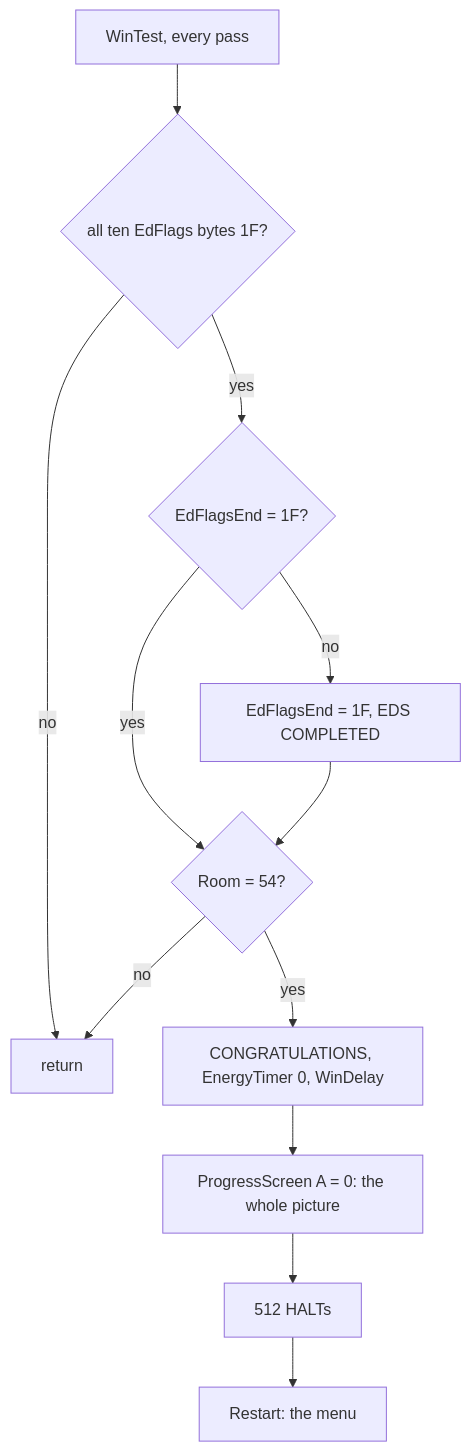
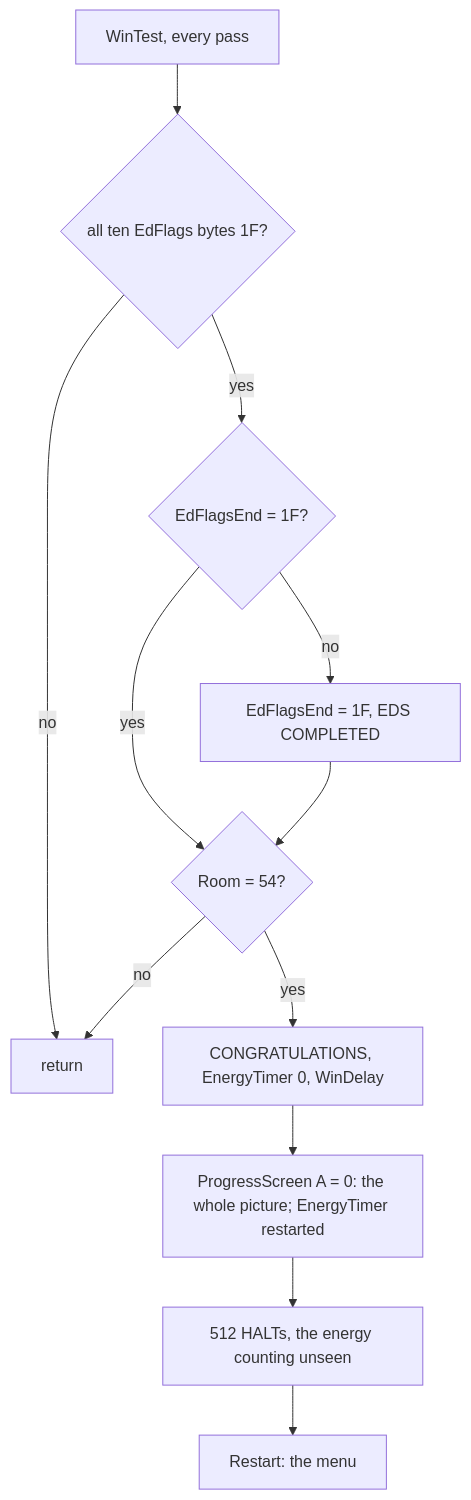
Before and after one commit to alfishe/unrealng-reverse-cases: the tenth of 13 diagrams in games/tujad/docs/10-gameplay-logic.md, drawn with Mermaid. The commit also changed other lines of this file and 44 other files, not shown here.

````diff
--- a/games/tujad/docs/10-gameplay-logic.md
+++ b/games/tujad/docs/10-gameplay-logic.md
@@ -694,14 +757,14 @@
 ```mermaid
 flowchart TD
     W[WinTest, every pass] --> A{all ten EdFlags bytes 1F?}
     A -- no --> R[return]
     A -- yes --> B{EdFlagsEnd = 1F?}
     B -- no --> M[EdFlagsEnd = 1F, EDS COMPLETED]
     B -- yes --> C
     M --> C{Room = 54?}
     C -- no --> R
     C -- yes --> V[CONGRATULATIONS, EnergyTimer 0, WinDelay]
-    V --> P[ProgressScreen A = 0: the whole picture]
-    P --> H[512 HALTs]
+    V --> P[ProgressScreen A = 0: the whole picture; EnergyTimer restarted]
+    P --> H[512 HALTs, the energy counting unseen]
     H --> RS[Restart: the menu]
 ```
````
